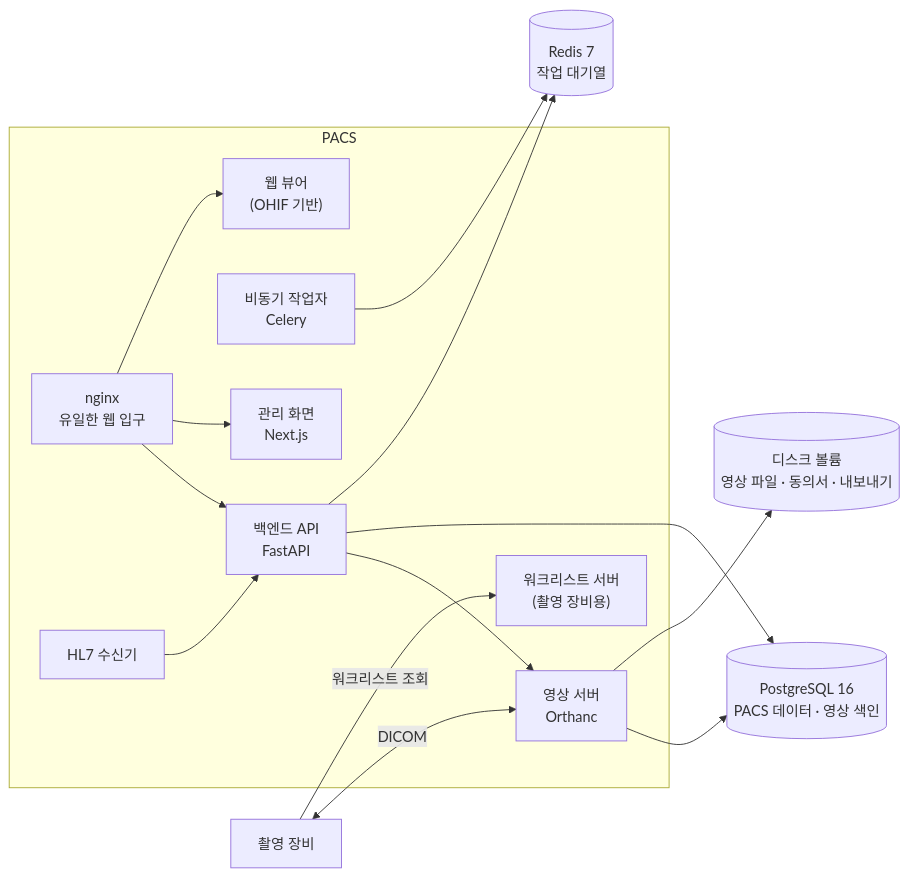
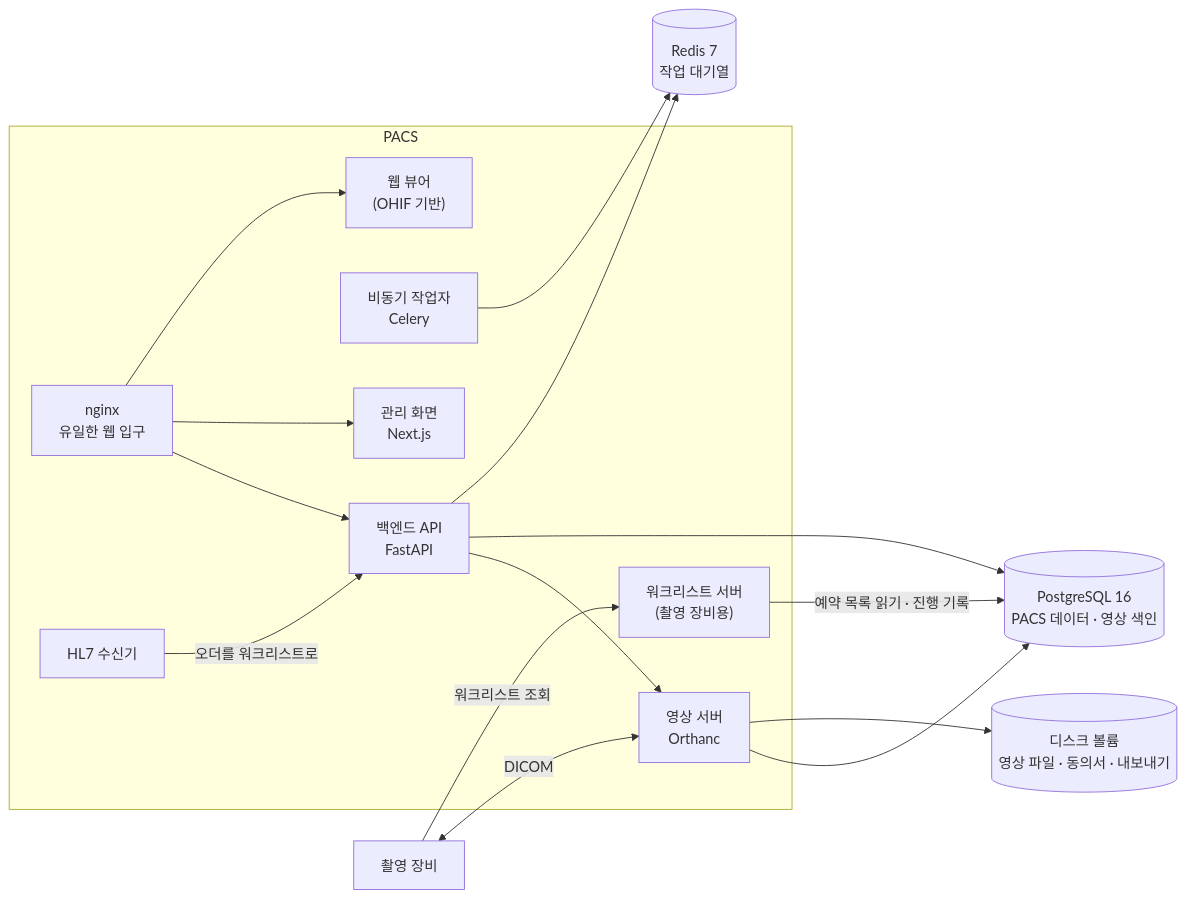
The first of 2 diagrams in projects/pacs.md (seanshin/werub-his-ecosystem), drawn with Mermaid before and after one commit. The commit also changed other lines of this file and 15 other files, not shown here.

````diff
--- a/projects/pacs.md
+++ b/projects/pacs.md
@@ -88,29 +88,30 @@
 ```mermaid
 flowchart LR
   subgraph pacs["PACS"]
     NGX["nginx<br/>유일한 웹 입구"]
     BE["백엔드 API<br/>FastAPI"]
     WK["비동기 작업자<br/>Celery"]
     ORT["영상 서버<br/>Orthanc"]
     MWL["워크리스트 서버<br/>(촬영 장비용)"]
     HL7["HL7 수신기"]
     ADM["관리 화면<br/>Next.js"]
     VW["웹 뷰어<br/>(OHIF 기반)"]
   end
   PG[("PostgreSQL 16<br/>PACS 데이터 · 영상 색인")]
   RD[("Redis 7<br/>작업 대기열")]
   DISK[("디스크 볼륨<br/>영상 파일 · 동의서 · 내보내기")]
   MOD["촬영 장비"]
   NGX --> BE
   NGX --> ADM
   NGX --> VW
   BE --> ORT
   BE --> PG
   BE --> RD
   WK --> RD
   ORT --> PG
   ORT --> DISK
   MOD <-->|"DICOM"| ORT
   MOD -->|"워크리스트 조회"| MWL
-  HL7 --> BE
+  MWL -->|"예약 목록 읽기 · 진행 기록"| PG
+  HL7 -->|"오더를 워크리스트로"| BE
 ```
````
